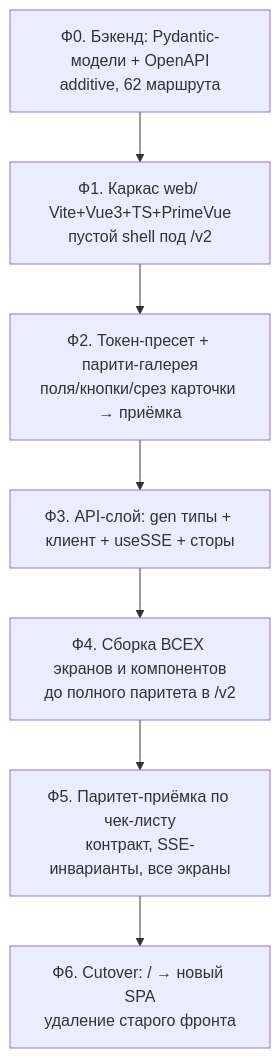
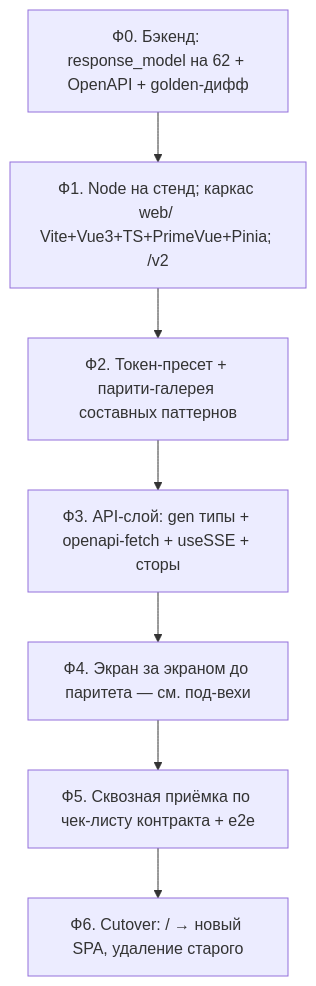
Before and after one commit to wolfram0108/series-tracker: the diagram in docs/frontend-rewrite.md, drawn with Mermaid. The commit also changed other lines of this file, not shown here.

````diff
--- a/docs/frontend-rewrite.md
+++ b/docs/frontend-rewrite.md
@@ -222,10 +250,10 @@
 ```mermaid
 flowchart TD
-    F0[Ф0. Бэкенд: Pydantic-модели + OpenAPI<br/>additive, 62 маршрута] --> F1
-    F1[Ф1. Каркас web/ Vite+Vue3+TS+PrimeVue<br/>пустой shell под /v2] --> F2
-    F2[Ф2. Токен-пресет + парити-галерея<br/>поля/кнопки/срез карточки → приёмка] --> F3
-    F3[Ф3. API-слой: gen типы + клиент + useSSE + сторы] --> F4
-    F4[Ф4. Сборка ВСЕХ экранов и компонентов<br/>до полного паритета в /v2] --> F5
-    F5[Ф5. Паритет-приёмка по чек-листу<br/>контракт, SSE-инварианты, все экраны] --> F6
-    F6[Ф6. Cutover: / → новый SPA<br/>удаление старого фронта]
+    F0[Ф0. Бэкенд: response_model на 62 + OpenAPI + golden-дифф] --> F1
+    F1[Ф1. Node на стенд; каркас web/ Vite+Vue3+TS+PrimeVue+Pinia; /v2] --> F2
+    F2[Ф2. Токен-пресет + парити-галерея составных паттернов] --> F3
+    F3[Ф3. API-слой: gen типы + openapi-fetch + useSSE + сторы] --> F4
+    F4[Ф4. Экран за экраном до паритета — см. под-вехи] --> F5
+    F5[Ф5. Сквозная приёмка по чек-листу контракта + e2e] --> F6
+    F6[Ф6. Cutover: / → новый SPA, удаление старого]
 ```
````
